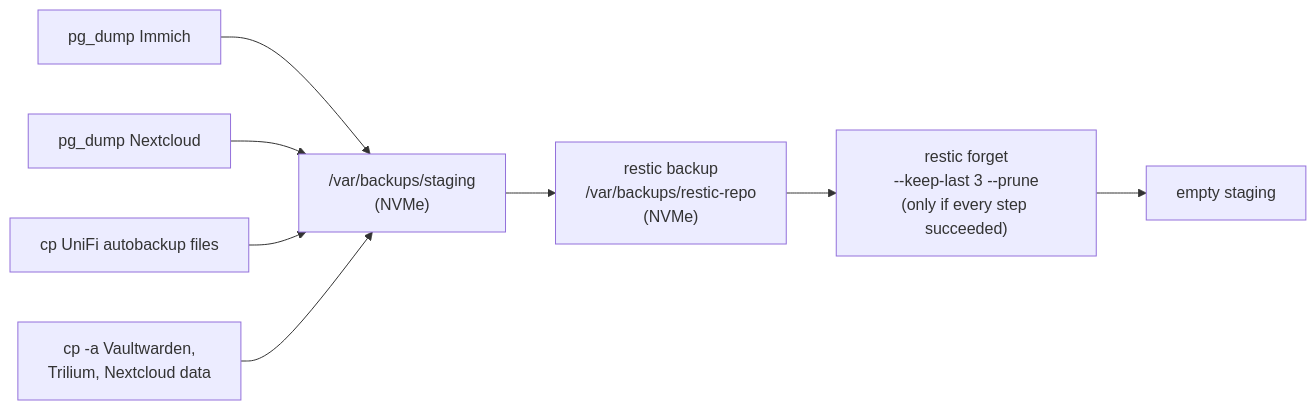
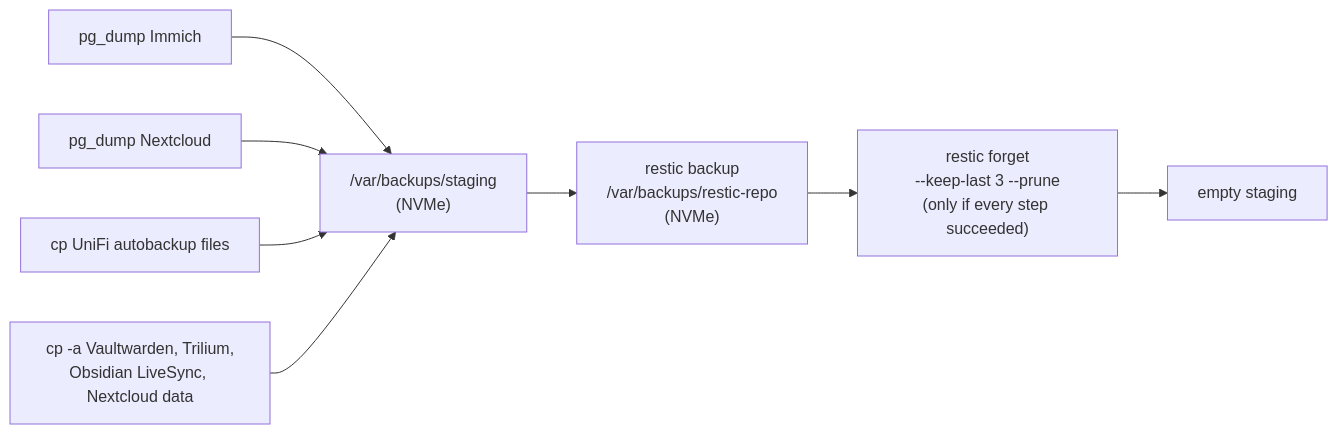
Before and after one commit to schultzn6619/homelab-documentation: the second of 2 diagrams in docs/storage-and-backups.md, drawn with Mermaid. The commit also changed other lines of this file and 10 other files, not shown here.

First line of the commit message:
Migrate notes from Trilium to Obsidian with Self-hosted LiveSync

````diff
--- a/docs/storage-and-backups.md
+++ b/docs/storage-and-backups.md
@@ -104,10 +105,10 @@
 ```mermaid
 flowchart LR
     A[pg_dump Immich] --> S["/var/backups/staging<br/>(NVMe)"]
     B[pg_dump Nextcloud] --> S
     C["cp UniFi autobackup files"] --> S
-    D["cp -a Vaultwarden,<br/>Trilium, Nextcloud data"] --> S
+    D["cp -a Vaultwarden, Trilium,<br/>Obsidian LiveSync, Nextcloud data"] --> S
     S --> R["restic backup<br/>/var/backups/restic-repo<br/>(NVMe)"]
     R --> F["restic forget<br/>--keep-last 3 --prune<br/>(only if every step succeeded)"]
     F --> X[empty staging]
 ```
````
